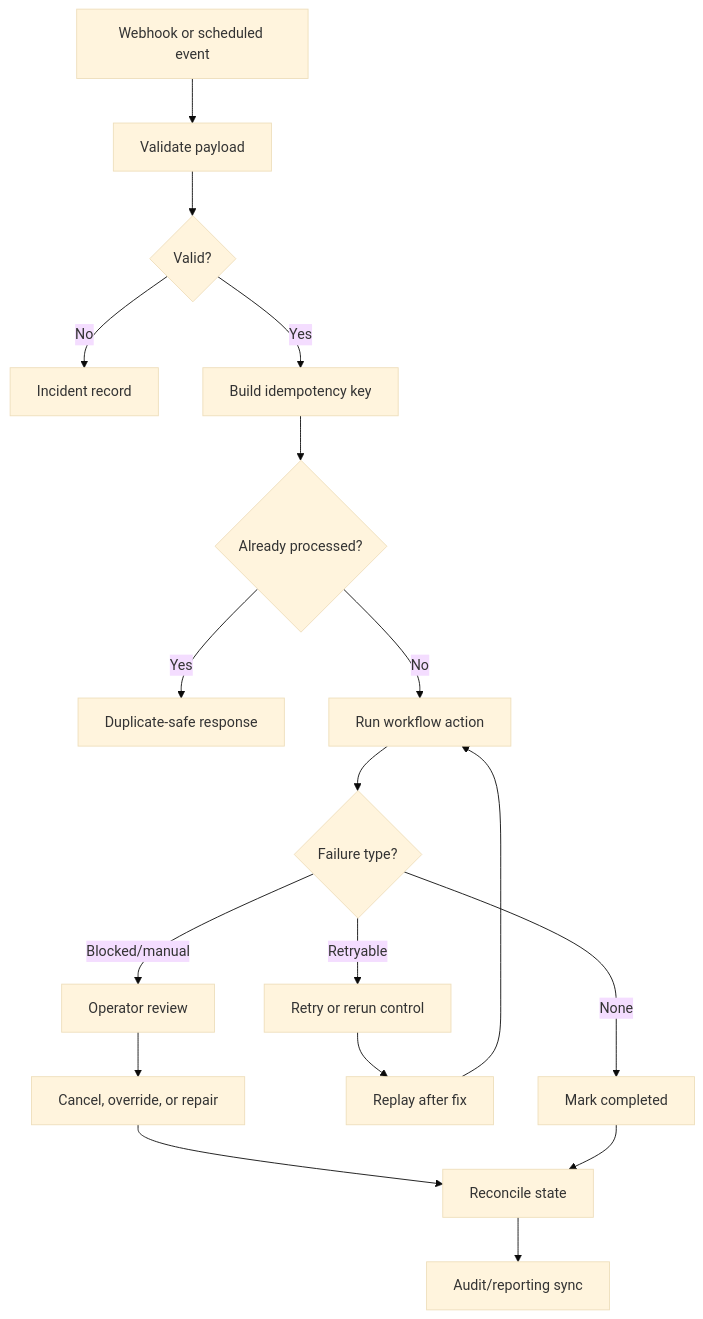
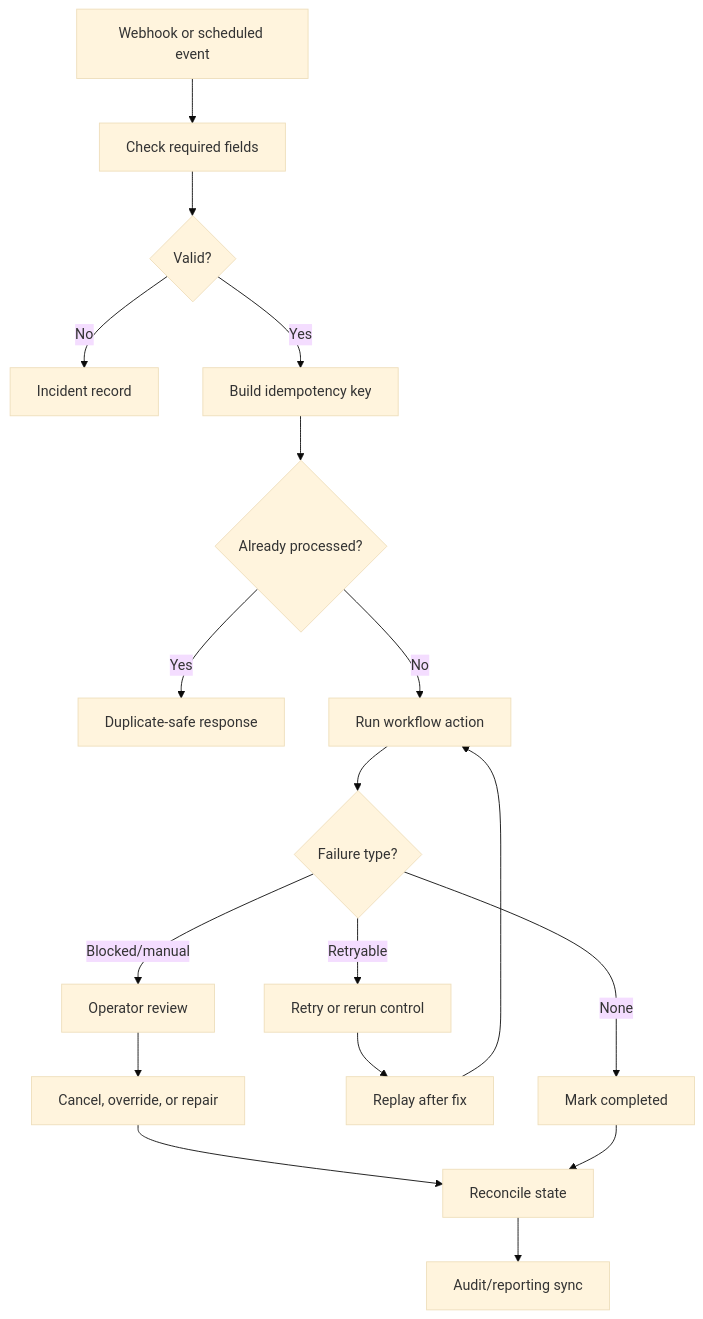
Before and after one commit to kingdomledger/AI_Growth_Systems_Design_Patterns: the diagram in 05-workflow-reliability-error-handling/README.md, drawn with Mermaid (base theme). The commit also changed other lines of this file and 14 other files, not shown here.

````diff
--- a/05-workflow-reliability-error-handling/README.md
+++ b/05-workflow-reliability-error-handling/README.md
@@ -45,20 +45,20 @@
 ```mermaid
 flowchart TD
-  A[Webhook or scheduled event] --> B[Validate payload]
+  A[Webhook or scheduled event] --> B[Check required fields]
   B --> C{Valid?}
   C -- No --> D[Incident record]
   C -- Yes --> E[Build idempotency key]
   E --> F{Already processed?}
   F -- Yes --> G[Duplicate-safe response]
   F -- No --> H[Run workflow action]
   H --> I{Failure type?}
   I -- Retryable --> J[Retry or rerun control]
   I -- Blocked/manual --> K[Operator review]
   I -- None --> L[Mark completed]
   J --> M[Replay after fix]
   K --> N[Cancel, override, or repair]
   M --> H
   N --> O[Reconcile state]
   L --> O
   O --> P[Audit/reporting sync]
 ```
````
